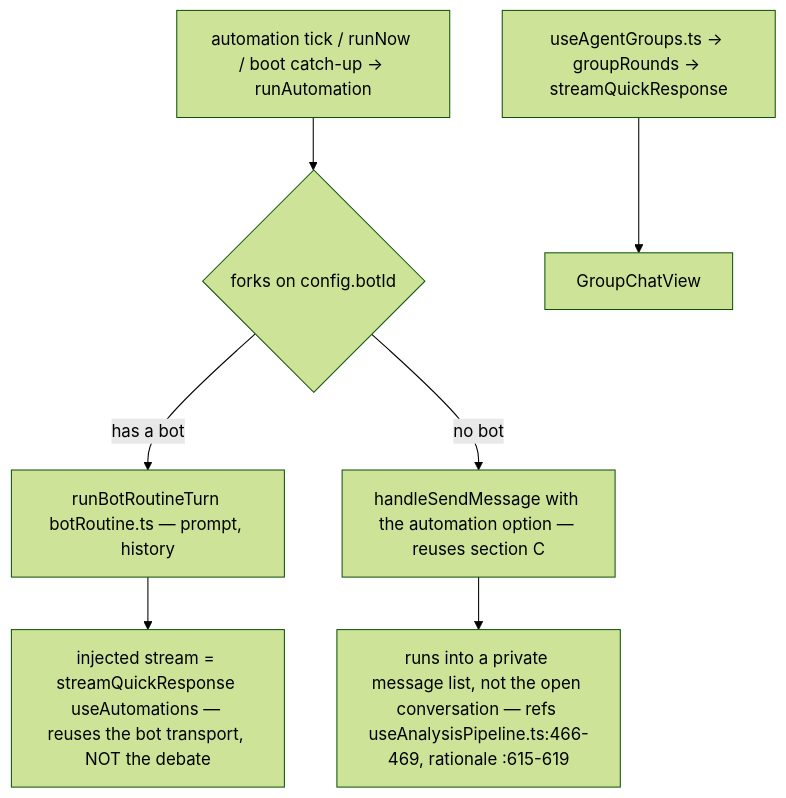
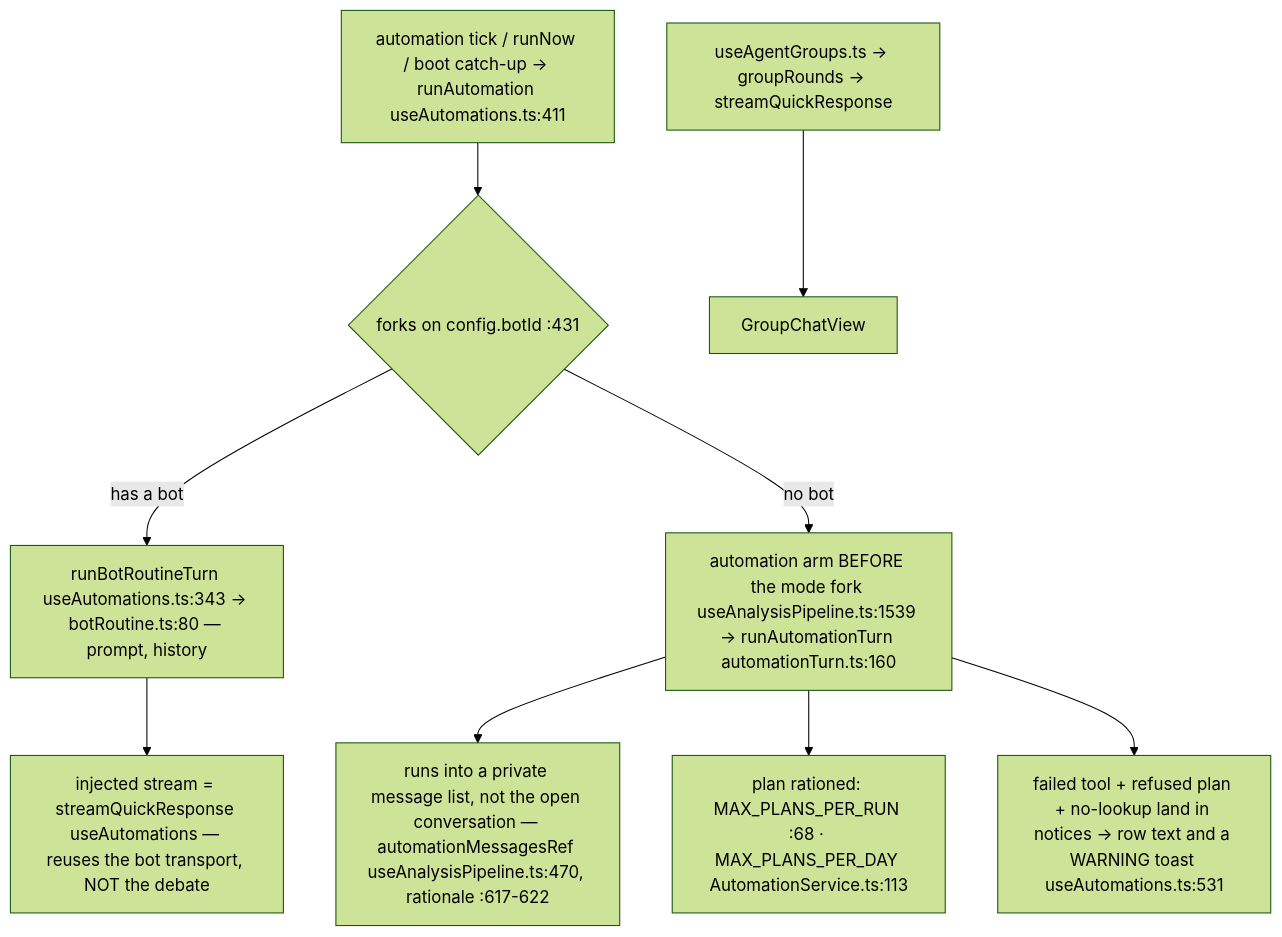
One commit to Acepay25/august-3.5 changed the fifth of 7 diagrams in docs/app-flow.md. Above: the diagram before and after it, drawn with Mermaid (forest theme). The commit also changed other lines of this file and 12 other files, not shown here.

First line of the commit message:
feat(automation): a schedule gets its own tool turn, its own ration, and its own bad news

````diff
--- a/docs/app-flow.md
+++ b/docs/app-flow.md
@@ -228,9 +231,11 @@
 ```mermaid
 flowchart TD
-    TK["automation tick / runNow / boot catch-up → runAutomation"] --> D{"forks on config.botId"}
-    D -->|has a bot| BR["runBotRoutineTurn botRoutine.ts — prompt, history"]
+    TK["automation tick / runNow / boot catch-up → runAutomation useAutomations.ts:411"] --> D{"forks on config.botId :431"}
+    D -->|has a bot| BR["runBotRoutineTurn useAutomations.ts:343 → botRoutine.ts:80 — prompt, history"]
     BR --> ST["injected stream = streamQuickResponse useAutomations — reuses the bot transport, NOT the debate"]
-    D -->|no bot| PL["handleSendMessage with the automation option — reuses section C"]
-    PL --> PRIV["runs into a private message list, not the open conversation — refs useAnalysisPipeline.ts:466-469, rationale :615-619"]
+    D -->|no bot| AT["automation arm BEFORE the mode fork useAnalysisPipeline.ts:1539 → runAutomationTurn automationTurn.ts:160"]
+    AT --> PRIV["runs into a private message list, not the open conversation — automationMessagesRef useAnalysisPipeline.ts:470, rationale :617-622"]
+    AT --> CAP["plan rationed: MAX_PLANS_PER_RUN :68 · MAX_PLANS_PER_DAY AutomationService.ts:113"]
+    AT --> FAIL["failed tool + refused plan + no-lookup land in notices → row text and a WARNING toast useAutomations.ts:531"]
     GR["useAgentGroups.ts → groupRounds → streamQuickResponse"] --> GV["GroupChatView"]
 ```
````
